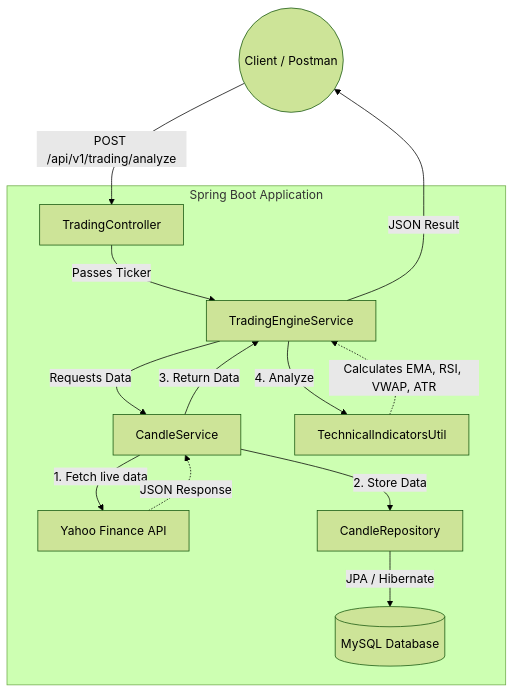
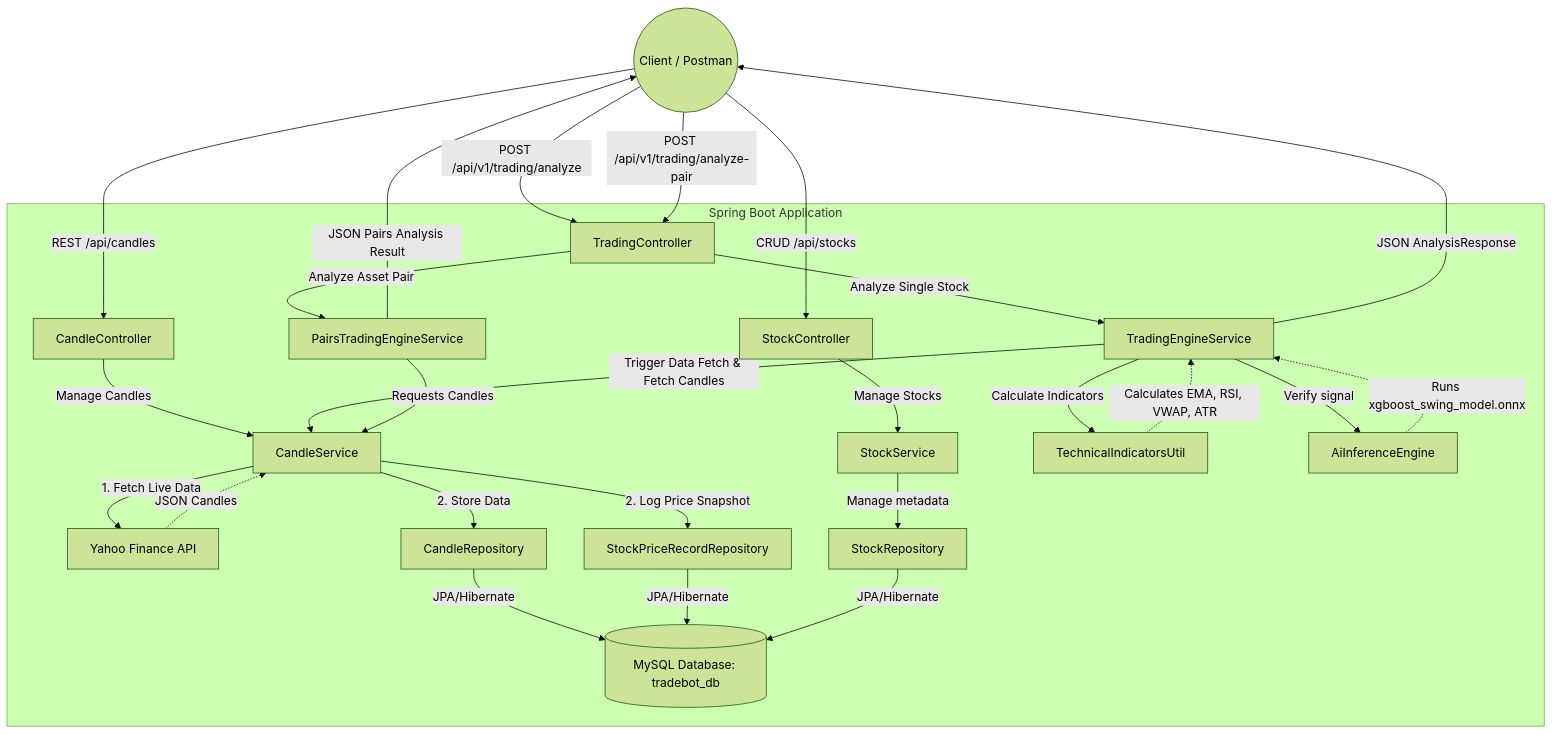
The first of 2 diagrams in ARCHITECTURE_AND_FLOW.md (akashd595/aitradebot), drawn with Mermaid (forest theme) before and after one commit. The commit also changed other lines of this file and 9 other files, not shown here.

Commit message:
DESC:- Added the stock feature, now we can get the real data from yahoo finance and we are storing the data in the database table, calculating correct measurements like RSI-EMAs etc

````diff
--- a/ARCHITECTURE_AND_FLOW.md
+++ b/ARCHITECTURE_AND_FLOW.md
@@ -12,23 +14,37 @@
 ```mermaid
 graph TD
-    Client((Client / Postman)) -->|POST /api/v1/trading/analyze| Controller[TradingController]
+    Client((Client / Postman)) -->|POST /api/v1/trading/analyze| TradingController[TradingController]
+    Client -->|POST /api/v1/trading/analyze-pair| TradingController
+    Client -->|CRUD /api/stocks| StockController[StockController]
+    Client -->|REST /api/candles| CandleController[CandleController]
     
     subgraph Spring Boot Application
-        Controller -->|Passes Ticker| Engine[TradingEngineService]
+        TradingController -->|Analyze Single Stock| TradingEngine[TradingEngineService]
+        TradingController -->|Analyze Asset Pair| PairsEngine[PairsTradingEngineService]
         
-        Engine -->|Requests Data| CandleSvc[CandleService]
+        StockController -->|Manage Stocks| StockSvc[StockService]
+        CandleController -->|Manage Candles| CandleSvc[CandleService]
         
-        CandleSvc -->|1. Fetch live data| Yahoo[Yahoo Finance API]
-        Yahoo -.->|JSON Response| CandleSvc
+        TradingEngine -->|Trigger Data Fetch & Fetch Candles| CandleSvc
+        PairsEngine -->|Requests Candles| CandleSvc
         
-        CandleSvc -->|2. Store Data| Repo[CandleRepository]
-        Repo -->|JPA / Hibernate| DB[(MySQL Database)]
+        CandleSvc -->|1. Fetch Live Data| Yahoo[Yahoo Finance API]
+        Yahoo -.->|JSON Candles| CandleSvc
         
-        CandleSvc -->|3. Return Data| Engine
+        CandleSvc -->|2. Store Data| CandleRepo[CandleRepository]
+        CandleSvc -->|2. Log Price Snapshot| PriceRecordRepo[StockPriceRecordRepository]
+        StockSvc -->|Manage metadata| StockRepo[StockRepository]
         
-        Engine -->|4. Analyze| Utils[TechnicalIndicatorsUtil]
+        CandleRepo -->|JPA/Hibernate| DB[(MySQL Database: tradebot_db)]
+        PriceRecordRepo -->|JPA/Hibernate| DB
+        StockRepo -->|JPA/Hibernate| DB
+        
+        TradingEngine -->|Calculate Indicators| Utils[TechnicalIndicatorsUtil]
+        TradingEngine -->|Verify signal| AI[AiInferenceEngine]
     end
     
-    Utils -.->|Calculates EMA, RSI, VWAP, ATR| Engine
-    Engine -->|JSON Result| Client
+    AI -.->|Runs xgboost_swing_model.onnx| TradingEngine
+    Utils -.->|Calculates EMA, RSI, VWAP, ATR| TradingEngine
+    TradingEngine -->|JSON AnalysisResponse| Client
+    PairsEngine -->|JSON Pairs Analysis Result| Client
 ```
````
